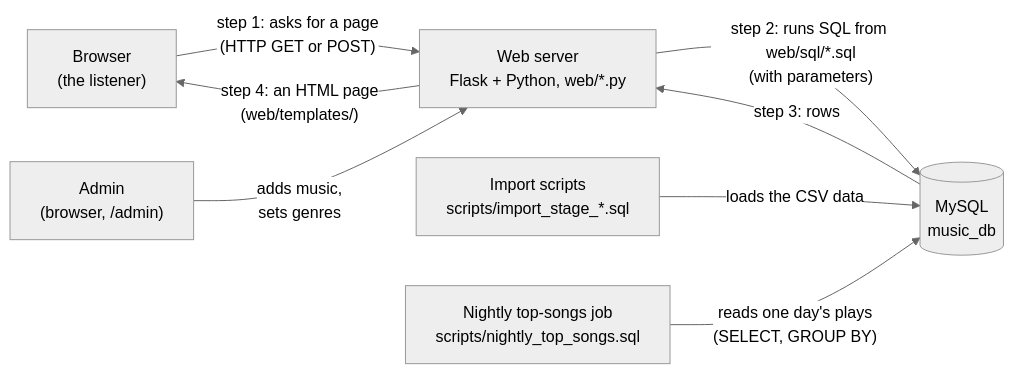
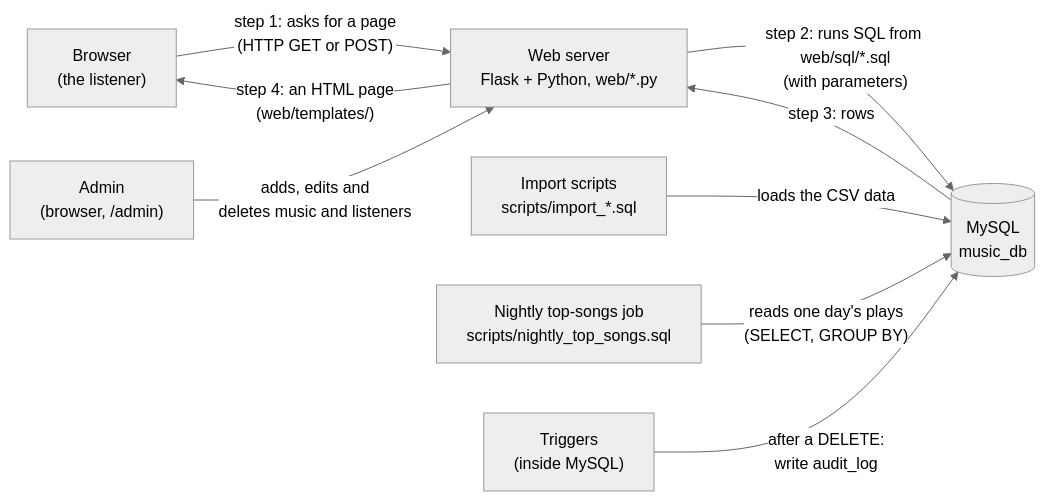
Before and after one commit to Hassansherafatmand/music_db: the diagram in docs/app.md, drawn with Mermaid (neutral theme). The commit also changed other lines of this file and 27 other files, not shown here.

````diff
--- a/docs/app.md
+++ b/docs/app.md
@@ -14,10 +15,11 @@
 ```mermaid
 flowchart LR
     B["Browser<br/>(the listener)"] -- "step 1: asks for a page<br/>(HTTP GET or POST)" --> F["Web server<br/>Flask + Python, web/*.py"]
     F -- "step 2: runs SQL from web/sql/*.sql<br/>(with parameters)" --> DB[("MySQL<br/>music_db")]
     DB -- "step 3: rows" --> F
     F -- "step 4: an HTML page<br/>(web/templates/)" --> B
-    A["Admin<br/>(browser, /admin)"] -- "adds music,<br/>sets genres" --> F
-    I["Import scripts<br/>scripts/import_stage_*.sql"] -- "loads the CSV data" --> DB
+    A["Admin<br/>(browser, /admin)"] -- "adds, edits and<br/>deletes music and listeners" --> F
+    I["Import scripts<br/>scripts/import_*.sql"] -- "loads the CSV data" --> DB
     J["Nightly top-songs job<br/>scripts/nightly_top_songs.sql"] -- "reads one day's plays<br/>(SELECT, GROUP BY)" --> DB
+    T["Triggers<br/>(inside MySQL)"] -- "after a DELETE:<br/>write audit_log" --> DB
 ```
````
